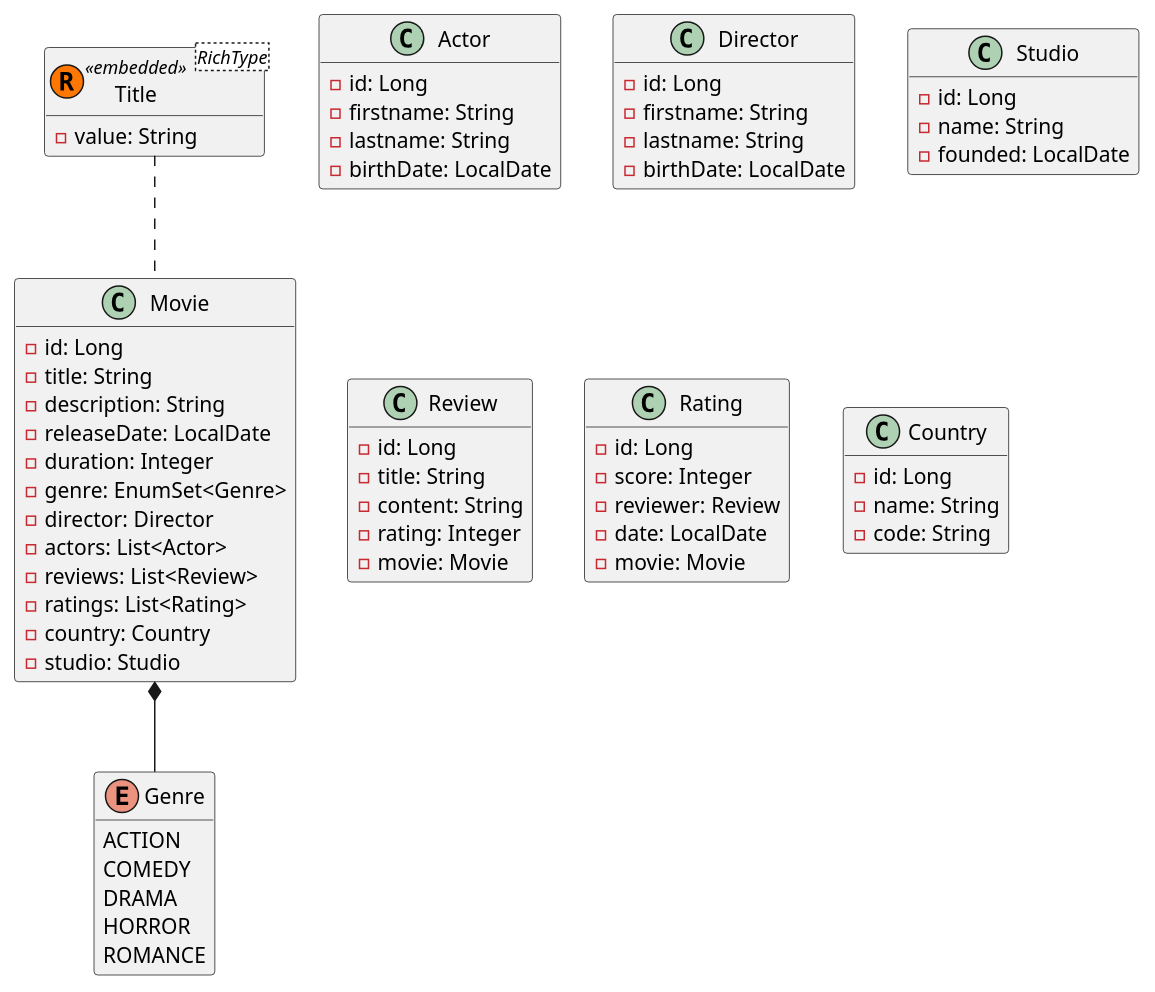
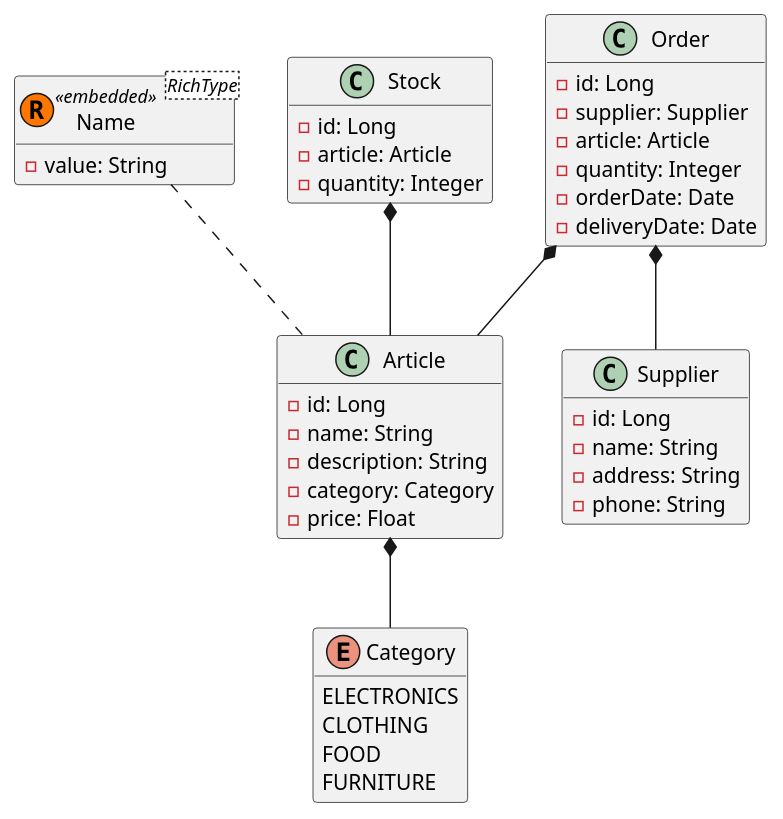
One commit to vincentkalwoda/InventoryHub changed the diagram in MovieManagaement/src/main/puml/domain-model.puml. Above: the diagram before and after it, drawn with PlantUML. The commit also changed 17 other files, not shown here.

```diff
--- a/MovieManagaement/src/main/puml/domain-model.puml
+++ b/MovieManagaement/src/main/puml/domain-model.puml
@@ -1,79 +1,55 @@
 @startuml
 'https://plantuml.com/class-diagram
 
+'Ein System zur Verwaltung des Inventars eines Unternehmens oder Lagers. Das System verfolgt Artikel, Bestände, Lieferanten und Bestellungen und kann helfen, das Inventar in Echtzeit zu überwachen und Bestände effizient aufzufüllen
+
 hide methods
 
-class Movie {
+class Article {
     - id: Long
-    - title: String
+    - name: String
     - description: String
-    - releaseDate: LocalDate
-    - duration: Integer
-    - genre: EnumSet<Genre>
-    - director: Director
-    - actors: List<Actor>
-    - reviews: List<Review>
-    - ratings: List<Rating>
-    - country: Country
-    - studio: Studio
+    - category: Category
+    - price: Float
 }
 
-class Title <RichType> <<(R, #FF7700) embedded >> {
+class Stock {
+    - id: Long
+    - article: Article
+    - quantity: Integer
+}
+
+class Supplier {
+    - id: Long
+    - name: String
+    - address: String
+    - phone: String
+}
+
+class Order {
+    - id: Long
+    - supplier: Supplier
+    - article: Article
+    - quantity: Integer
+    - orderDate: Date
+    - deliveryDate: Date
+}
+
+class Name <RichType> <<(R, #FF7700) embedded >> {
     - value: String
 }
 
-class Actor {
-    - id: Long
-    - firstname: String
-    - lastname: String
-    - birthDate: LocalDate
+enum Category {
+    ELECTRONICS
+    CLOTHING
+    FOOD
+    FURNITURE
 }
 
-class Director {
-    - id: Long
-    - firstname: String
-    - lastname: String
-    - birthDate: LocalDate
-}
-
-class Studio {
-    - id: Long
-    - name: String
-    - founded: LocalDate
-    - address: Address (embedded
-}
-
-class Review {
-    - id: Long
-    - title: String
-    - content: String
-    - rating: Integer
-    - movie: Movie
-}
-
-class Rating {
-    - id: Long
-    - score: Integer
-    - reviewer: Review
-    - date: LocalDate
-    - movie: Movie
-}
-
-class Country {
-    - id: Long
-    - name: String
-    - code: String
-}
-
-enum Genre {
-    ACTION
-    COMEDY
-    DRAMA
-    HORROR
-    ROMANCE
-}
-
-Movie *-- Genre
-Movie .up. Title
+Article *-- Category
+Article .up. Name
+Stock *-- Article
+Order *-- Supplier
+Order *-- Article
 
 @enduml
```
